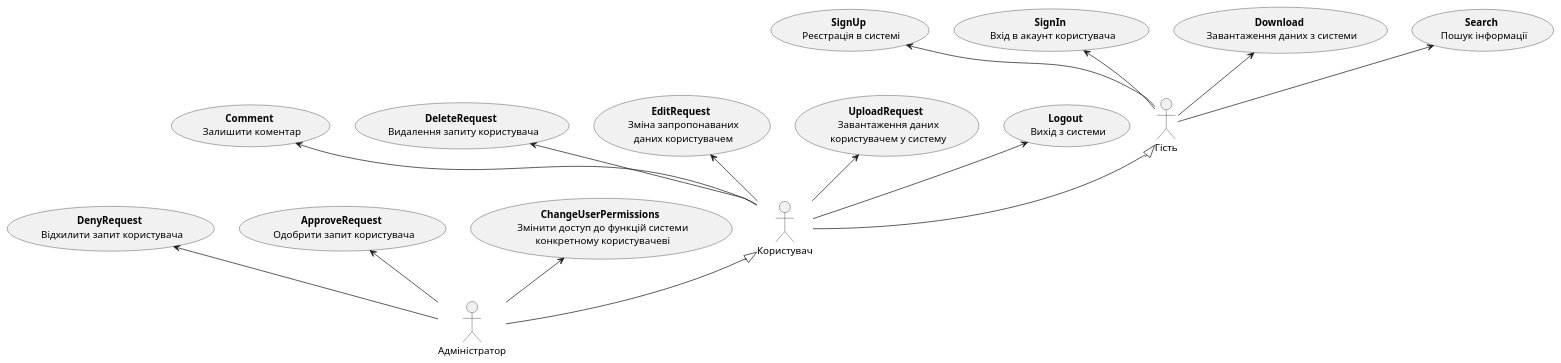
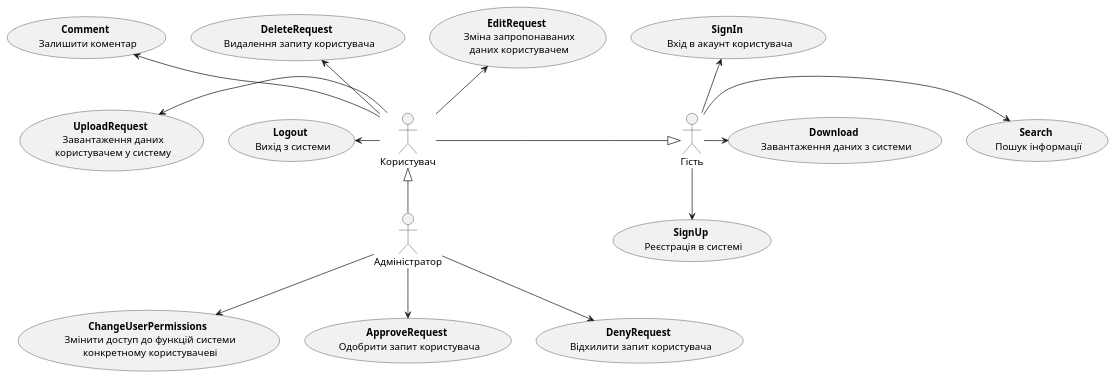
Before and after one commit to chernyshanna/IO23Theme2DBB: the first of 16 diagrams in docs/use cases/README.md, drawn with PlantUML. The commit also changed other lines of this file, not shown here.

```diff
--- a/docs/use cases/README.md
+++ b/docs/use cases/README.md
@@ -12,40 +12,40 @@
 @startuml
 
     actor "Гість" as Guest
     actor "Користувач" as User
     actor "Адміністратор" as Admin
 
     usecase "<b>Search<b> \n Пошук інформації" as SRCH
-  usecase "<b>Download<b> \n Завантаження даних з системи" as DWNLD
+	usecase "<b>Download<b> \n Завантаження даних з системи" as DWNLD
     usecase "<b>SignIn<b> \n Вхід в акаунт користувача" as SI  
     usecase "<b>SignUp<b> \n Реєстрація в системі" as SU
     
     usecase "<b>Logout<b> \n Вихід з системи" as LOUT
     usecase "<b>UploadRequest<b> \n Завантаження даних\n користувачем у систему" as UR
     usecase "<b>EditRequest<b> \n Зміна запропонаваних\n даних користувачем" as ER
     usecase "<b>DeleteRequest<b> \n Видалення запиту користувача" as DR
     usecase "<b>Comment<b> \n Залишити коментар" as CMNT
 
     usecase "<b>ChangeUserPermissions<b> \n Змінити доступ до функцій системи\n конкретному користувачеві" as CUP
     usecase "<b>ApproveRequest<b> \n Одобрити запит користувача" as AR
     usecase "<b>DenyRequest<b> \n Відхилити запит користувача" as DREQ
 
-    Guest -u-> SRCH
-    Guest -u-> DWNLD
+    Guest -r-> SRCH
+    Guest -r-> DWNLD
     Guest -u-> SI
-  Guest -u-> SU
+	Guest -d-> SU
     
-    User -u-> LOUT
-    User -u-> UR
+    User -l-> LOUT
+    User -l-> UR
     User -u-> ER
     User -u-> DR
     User -u-> CMNT
     
-    Admin -u-> CUP 
-    Admin -u-> AR
-    Admin -u-> DREQ
+    Admin -d-> CUP 
+    Admin -d-> AR
+    Admin -d-> DREQ
     
     Admin -u-|> User
-    User -u-|> Guest
+    User -r-|> Guest
 
 @enduml
```
